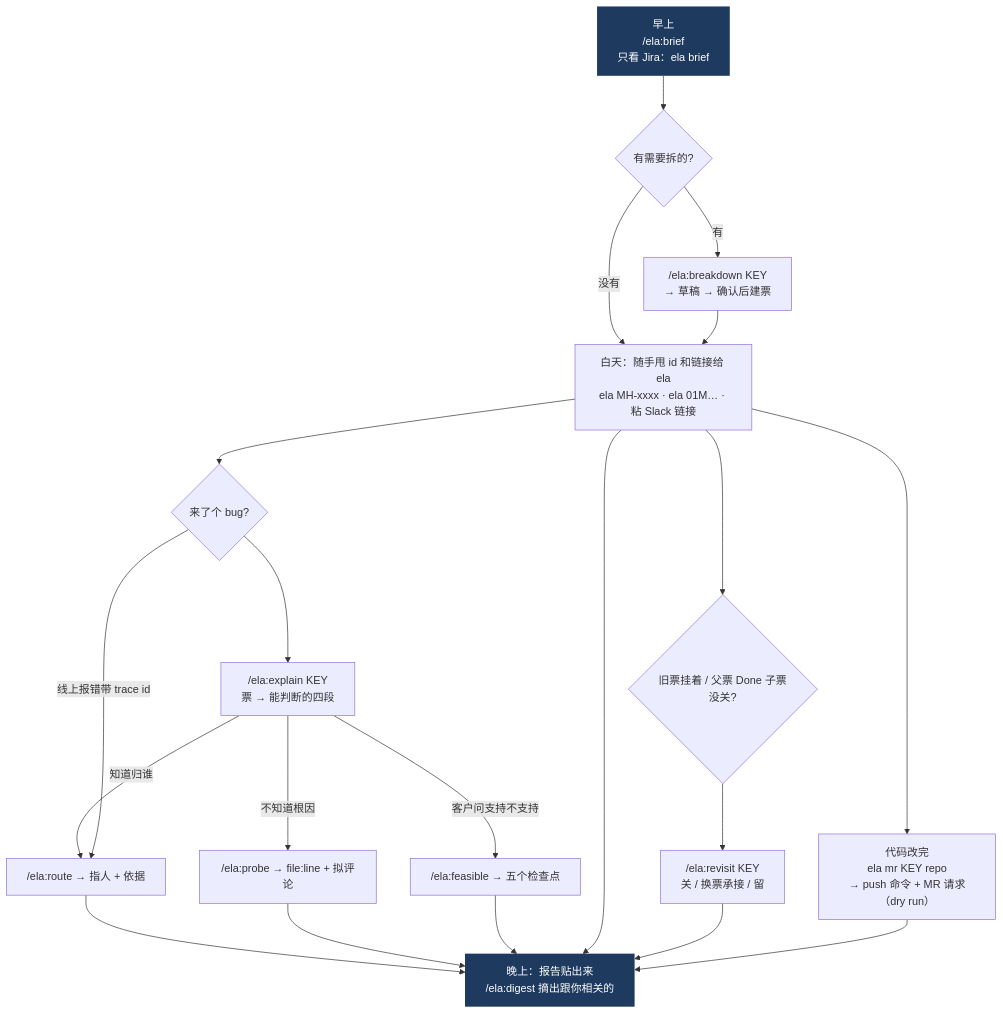
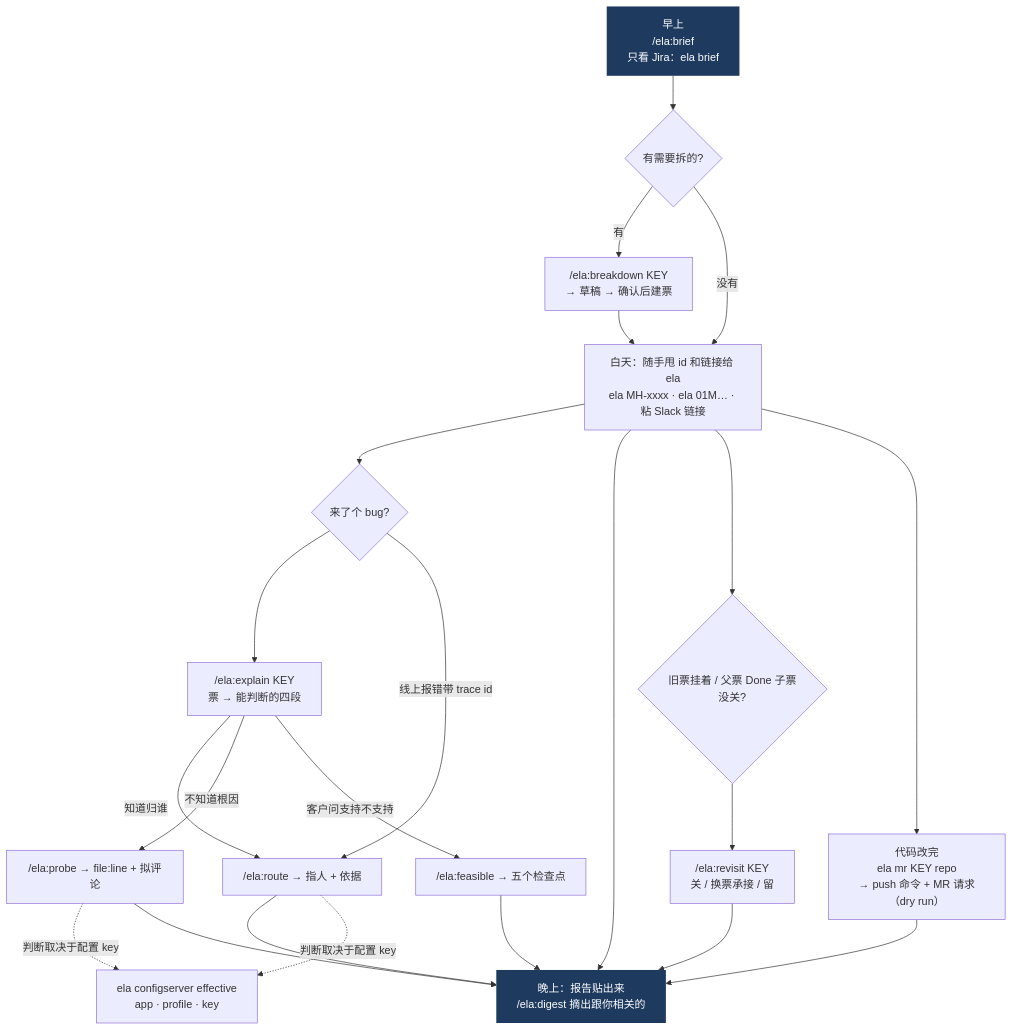
Before and after one commit to tvuevanli/tvu-ela: the fourth of 4 diagrams in docs/manual.md, drawn with Mermaid. The commit also changed other lines of this file and 8 other files, not shown here.

````diff
--- a/docs/manual.md
+++ b/docs/manual.md
@@ -197,24 +199,26 @@
 ```mermaid
 flowchart TD
   M["早上<br>/ela:brief<br>只看 Jira：ela brief"] --> M2{"有需要拆的?"}
   M2 -->|"有"| BD["/ela:breakdown KEY<br>→ 草稿 → 确认后建票"]
   M2 -->|"没有"| D
   BD --> D["白天：随手甩 id 和链接给 ela<br>ela MH-xxxx · ela 01M… · 粘 Slack 链接"]
   D --> BUG{"来了个 bug?"}
   BUG --> EX["/ela:explain KEY<br>票 → 能判断的四段"]
   EX -->|"知道归谁"| RO["/ela:route → 指人 + 依据"]
   EX -->|"不知道根因"| PR["/ela:probe → file:line + 拟评论"]
   EX -->|"客户问支持不支持"| FE["/ela:feasible → 五个检查点"]
   BUG -->|"线上报错带 trace id"| RO
   RO --> EV
+  RO -.->|"判断取决于配置 key"| CS["ela configserver effective<br>app · profile · key"]
+  PR -.->|"判断取决于配置 key"| CS
   PR --> EV["晚上：报告贴出来<br>/ela:digest 摘出跟你相关的"]
   FE --> EV
   D --> EV
   D --> OLD{"旧票挂着 / 父票 Done 子票没关?"}
   OLD --> RV["/ela:revisit KEY<br>关 / 换票承接 / 留"]
   RV --> EV
   D --> MR["代码改完<br>ela mr KEY repo<br>→ push 命令 + MR 请求（dry run）"]
   MR --> EV
   classDef m fill:#1e3a5f,color:#fff,stroke:none
   class M,EV m
 ```
````
